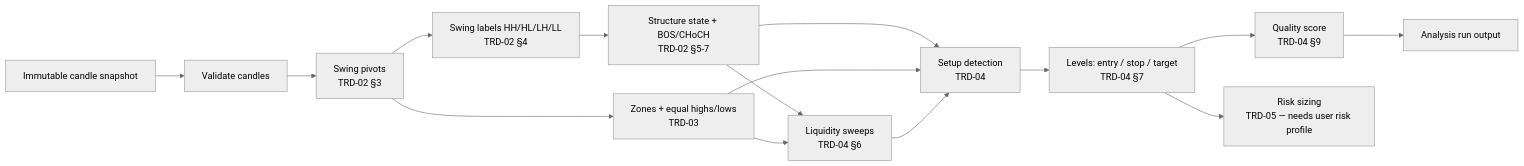
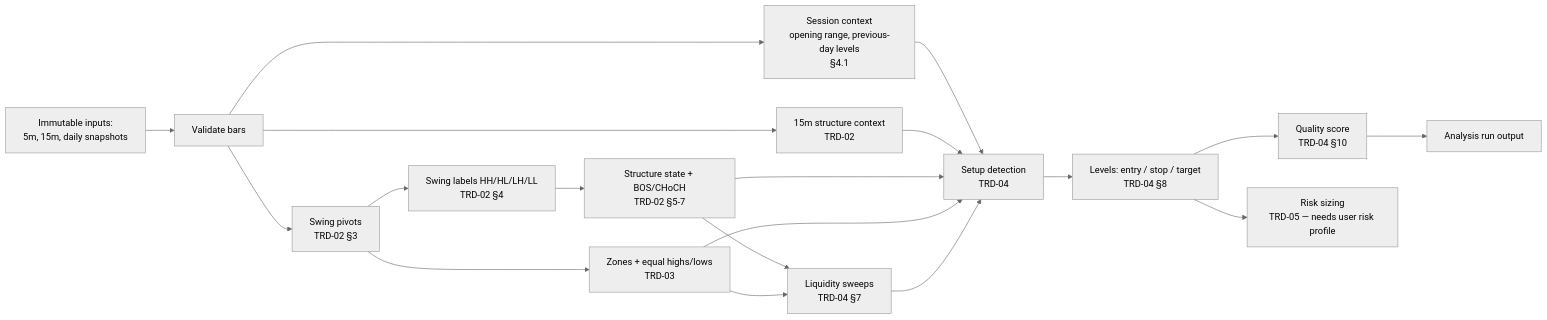
One commit to anirbancodes69/price-action-ai changed the diagram in docs/trading/01_TRADING_METHODOLOGY.md. Above: the diagram before and after it, drawn with Mermaid (neutral theme). The commit also changed other lines of this file and 109 other files, not shown here.

````diff
--- a/docs/trading/01_TRADING_METHODOLOGY.md
+++ b/docs/trading/01_TRADING_METHODOLOGY.md
@@ -39,17 +43,21 @@
 ```mermaid
 flowchart LR
-  A[Immutable candle snapshot] --> B[Validate candles]
+  A[Immutable inputs:<br/>5m, 15m, daily snapshots] --> B[Validate bars]
+  B --> S[Session context<br/>opening range, previous-day levels<br/>§4.1]
+  B --> X[15m structure context<br/>TRD-02]
+  S --> H
+  X --> H
   B --> C[Swing pivots<br/>TRD-02 §3]
   C --> D[Swing labels HH/HL/LH/LL<br/>TRD-02 §4]
   D --> E[Structure state + BOS/CHoCH<br/>TRD-02 §5-7]
   C --> F[Zones + equal highs/lows<br/>TRD-03]
-  E --> G[Liquidity sweeps<br/>TRD-04 §6]
+  E --> G[Liquidity sweeps<br/>TRD-04 §7]
   F --> G
   E --> H[Setup detection<br/>TRD-04]
   F --> H
   G --> H
-  H --> I[Levels: entry / stop / target<br/>TRD-04 §7]
-  I --> J[Quality score<br/>TRD-04 §9]
+  H --> I[Levels: entry / stop / target<br/>TRD-04 §8]
+  I --> J[Quality score<br/>TRD-04 §10]
   I --> K[Risk sizing<br/>TRD-05 — needs user risk profile]
   J --> L[Analysis run output]
 ```
````
